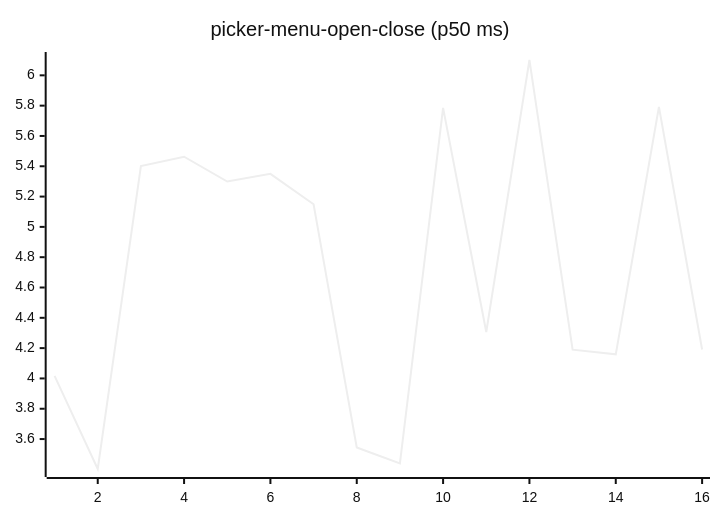
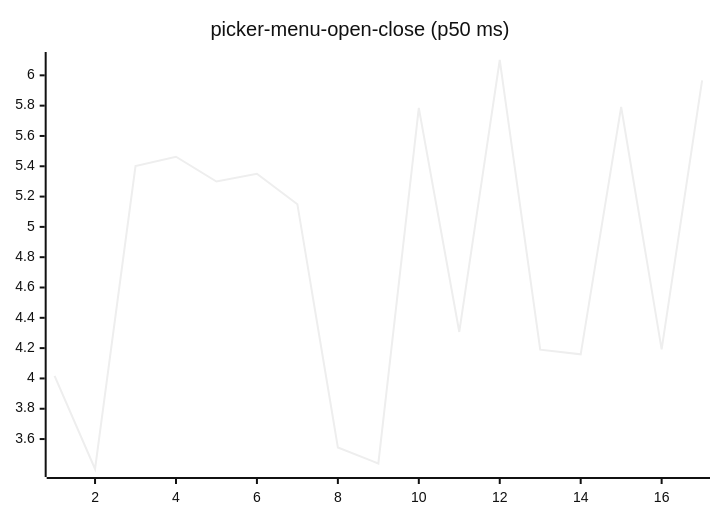
Before and after one commit to josha/Facet: diagram 16 of 27 in README.md, drawn with Mermaid (neutral theme). The commit also changed other lines of this file and 2 other files, not shown here.

````diff
--- a/README.md
+++ b/README.md
@@ -168,6 +168,6 @@
 ```mermaid
 xychart-beta
     title "picker-menu-open-close (p50 ms)"
-    x-axis 1 --> 16
-    line [4.0174, 3.4024, 5.4017, 5.4631, 5.2994, 5.3502, 5.1493, 3.5447, 3.4388, 5.7846, 4.3066, 6.1012, 4.1897, 4.1591, 5.7919, 4.1912]
+    x-axis 1 --> 17
+    line [4.0174, 3.4024, 5.4017, 5.4631, 5.2994, 5.3502, 5.1493, 3.5447, 3.4388, 5.7846, 4.3066, 6.1012, 4.1897, 4.1591, 5.7919, 4.1912, 5.9674]
 ```
````
